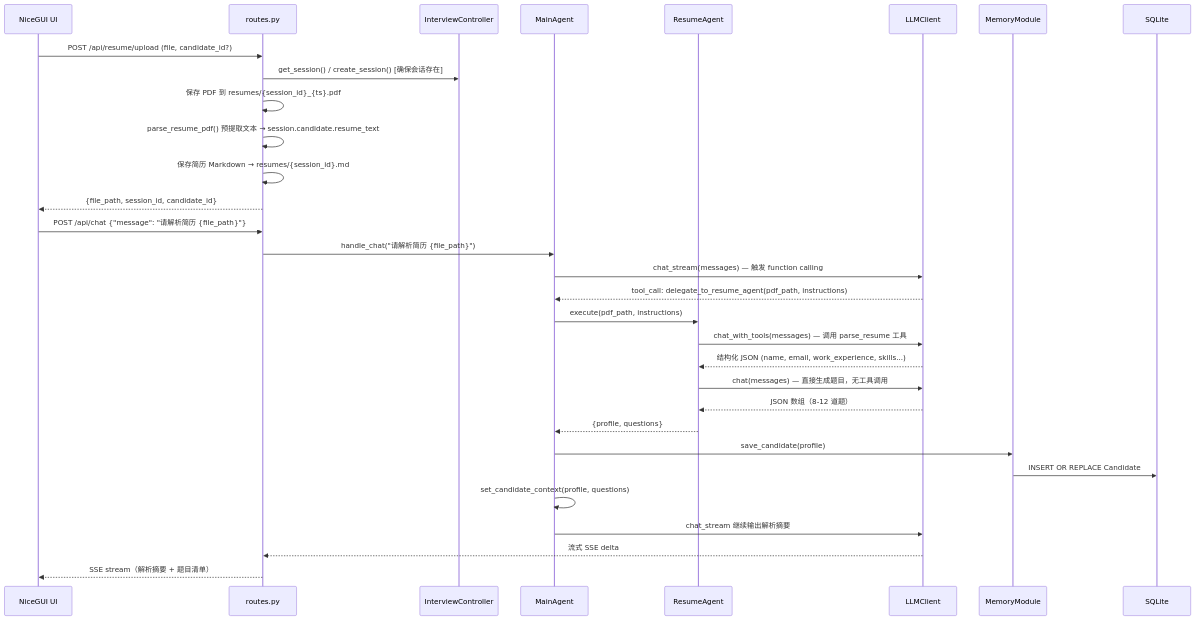
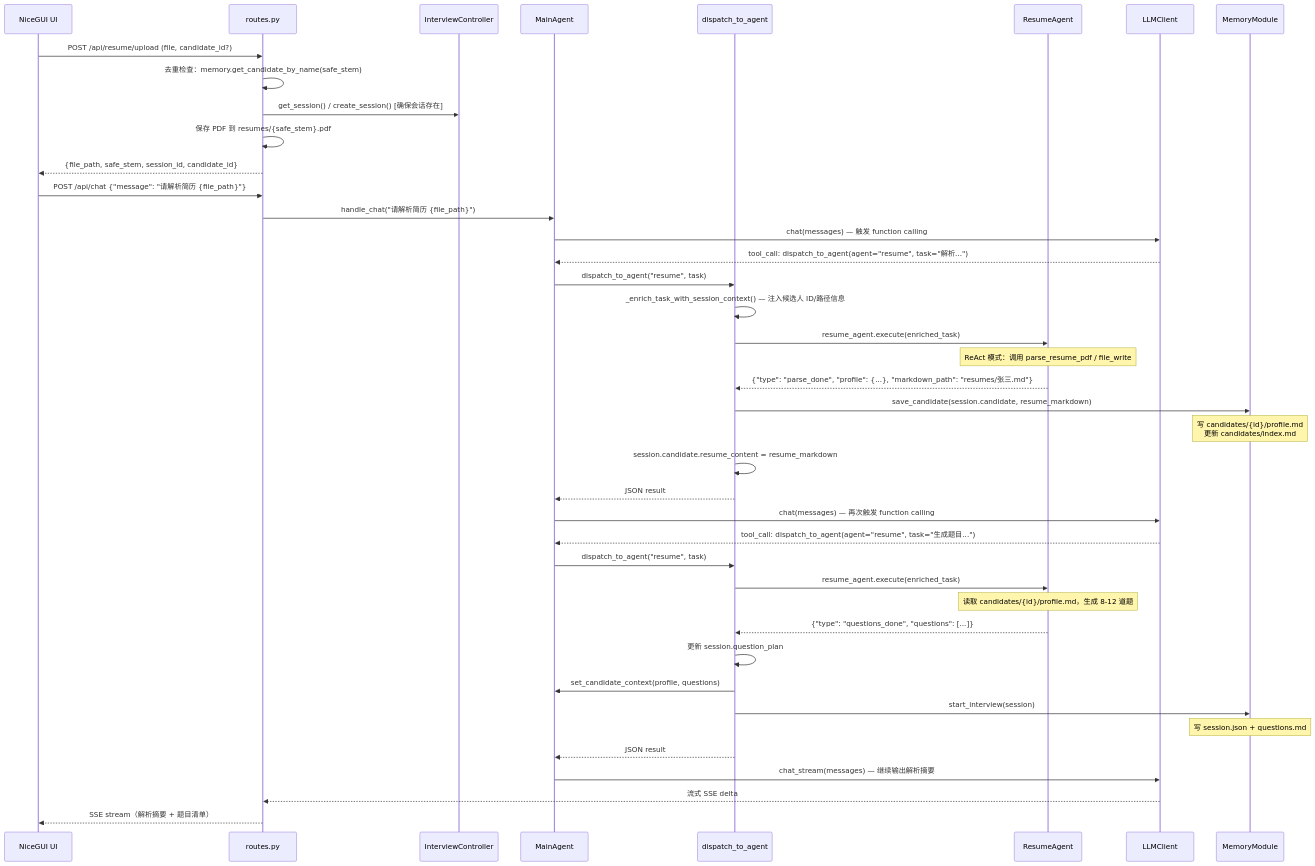
The first of 5 diagrams in docs/arc/flows.md (dygcjlu/interviewer-assistant), drawn with Mermaid before and after one commit. The commit also changed other lines of this file and 31 other files, not shown here.

````diff
--- a/docs/arc/flows.md
+++ b/docs/arc/flows.md
@@ -11,35 +11,47 @@
 ```mermaid
 sequenceDiagram
     participant UI as NiceGUI UI
     participant REST as routes.py
     participant IC as InterviewController
     participant MA as MainAgent
+    participant DA as dispatch_to_agent
     participant RA as ResumeAgent
     participant LLM as LLMClient
     participant MM as MemoryModule
-    participant DB as SQLite
 
     UI->>REST: POST /api/resume/upload (file, candidate_id?)
+    REST->>REST: 去重检查：memory.get_candidate_by_name(safe_stem)
     REST->>IC: get_session() / create_session() [确保会话存在]
-    REST->>REST: 保存 PDF 到 resumes/{session_id}_{ts}.pdf
-    REST->>REST: parse_resume_pdf() 预提取文本 → session.candidate.resume_text
-    REST->>REST: 保存简历 Markdown → resumes/{session_id}.md
-    REST-->>UI: {file_path, session_id, candidate_id}
+    REST->>REST: 保存 PDF 到 resumes/{safe_stem}.pdf
+    REST-->>UI: {file_path, safe_stem, session_id, candidate_id}
 
     UI->>REST: POST /api/chat {"message": "请解析简历 {file_path}"}
     REST->>MA: handle_chat("请解析简历 {file_path}")
-    MA->>LLM: chat_stream(messages) — 触发 function calling
-    LLM-->>MA: tool_call: delegate_to_resume_agent(pdf_path, instructions)
-    MA->>RA: execute(pdf_path, instructions)
-    RA->>LLM: chat_with_tools(messages) — 调用 parse_resume 工具
-    LLM-->>RA: 结构化 JSON (name, email, work_experience, skills...)
-    RA->>LLM: chat(messages) — 直接生成题目，无工具调用
-    LLM-->>RA: JSON 数组（8-12 道题）
-    RA-->>MA: {profile, questions}
-    MA->>MM: save_candidate(profile)
-    MM->>DB: INSERT OR REPLACE Candidate
-    MA->>MA: set_candidate_context(profile, questions)
-    MA->>LLM: chat_stream 继续输出解析摘要
+    MA->>LLM: chat(messages) — 触发 function calling
+    LLM-->>MA: tool_call: dispatch_to_agent(agent="resume", task="解析...")
+    MA->>DA: dispatch_to_agent("resume", task)
+    DA->>DA: _enrich_task_with_session_context() — 注入候选人 ID/路径信息
+    DA->>RA: resume_agent.execute(enriched_task)
+    Note over RA: ReAct 模式：调用 parse_resume_pdf / file_write
+    RA-->>DA: {"type": "parse_done", "profile": {...}, "markdown_path": "resumes/张三.md"}
+    DA->>MM: save_candidate(session.candidate, resume_markdown)
+    Note over MM: 写 candidates/{id}/profile.md<br/>更新 candidates/index.md
+    DA->>DA: session.candidate.resume_content = resume_markdown
+    DA-->>MA: JSON result
+
+    MA->>LLM: chat(messages) — 再次触发 function calling
+    LLM-->>MA: tool_call: dispatch_to_agent(agent="resume", task="生成题目...")
+    MA->>DA: dispatch_to_agent("resume", task)
+    DA->>RA: resume_agent.execute(enriched_task)
+    Note over RA: 读取 candidates/{id}/profile.md，生成 8-12 道题
+    RA-->>DA: {"type": "questions_done", "questions": [...]}
+    DA->>DA: 更新 session.question_plan
+    DA->>MA: set_candidate_context(profile, questions)
+    DA->>MM: start_interview(session)
+    Note over MM: 写 session.json + questions.md
+    DA-->>MA: JSON result
+
+    MA->>LLM: chat_stream(messages) — 继续输出解析摘要
     LLM-->>REST: 流式 SSE delta
     REST-->>UI: SSE stream（解析摘要 + 题目清单）
 ```
````
